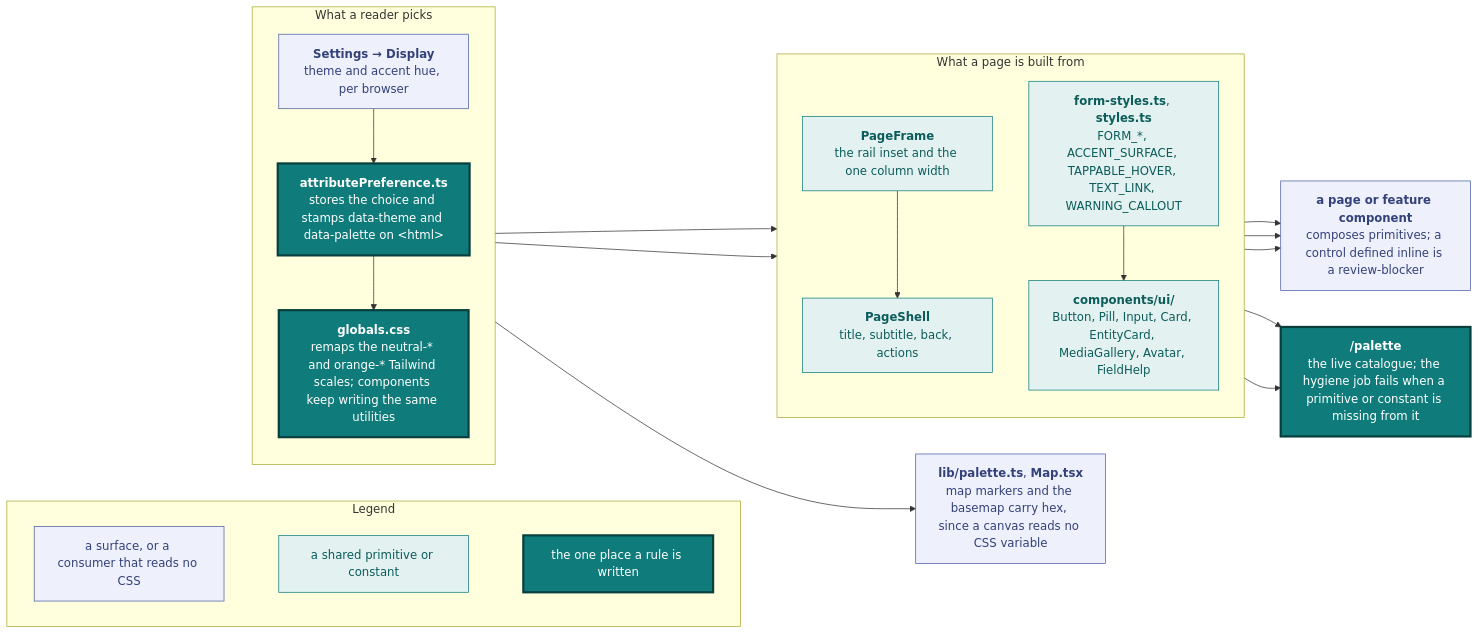
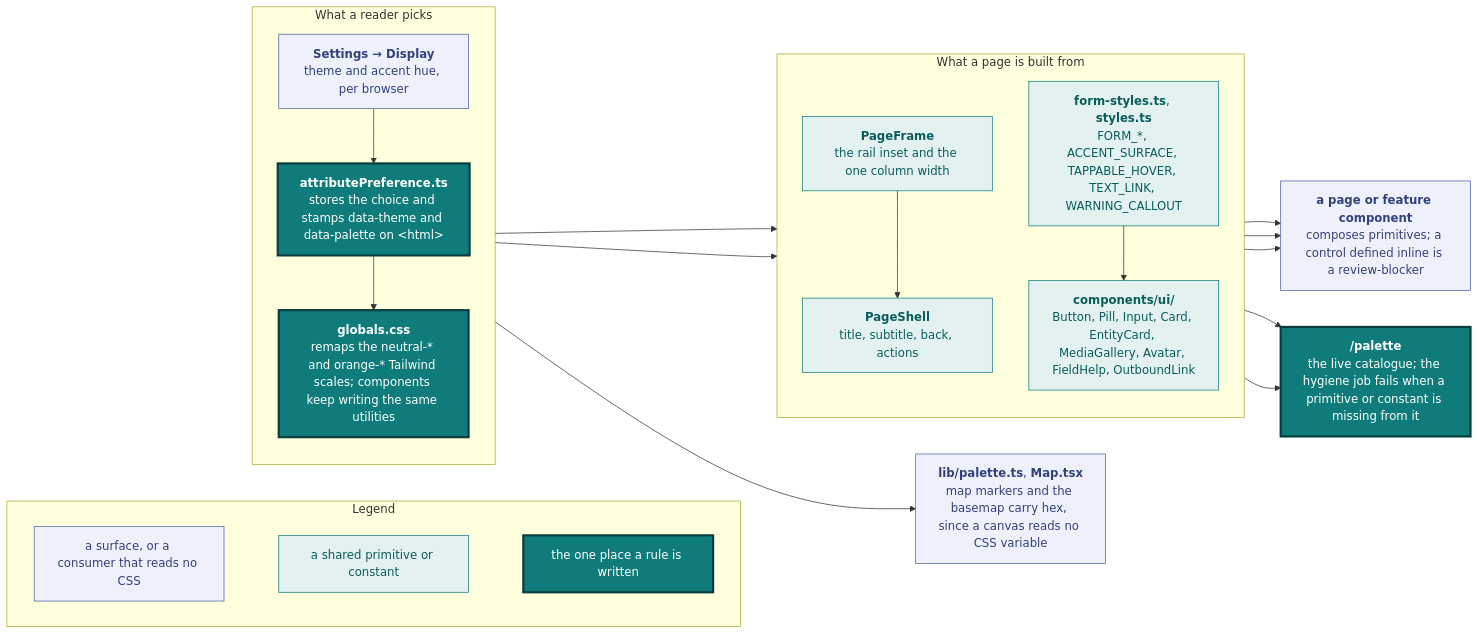
One commit to vidithq/vidit changed the first of 5 diagrams in docs/design.md. Above: the diagram before and after it, drawn with Mermaid. The commit also changed other lines of this file and 28 other files, not shown here.

````diff
--- a/docs/design.md
+++ b/docs/design.md
@@ -5,56 +5,56 @@
 ```mermaid
 flowchart LR
   classDef spec fill:#eef1fb,stroke:#4a5fa5,color:#33417a
   classDef shared fill:#e3f2f1,stroke:#0f7b7a,color:#0b5c5b
   classDef core fill:#0f7b7a,stroke:#083f3e,stroke-width:3px,color:#ffffff
 
   subgraph legend [Legend]
     direction LR
     l1["`a surface, or a consumer that reads no CSS`"]:::spec
     l2["`a shared primitive or constant`"]:::shared
     l3["`the one place a rule is written`"]:::core
     l1 ~~~ l2 ~~~ l3
   end
 
   subgraph pref [What a reader picks]
     direction TB
     settings["`**Settings → Display**
     theme and accent hue, per browser`"]:::spec
     attr["`**attributePreference.ts**
     stores the choice and stamps data-theme and data-palette on &lt;html&gt;`"]:::core
     globals["`**globals.css**
     remaps the neutral-* and orange-* Tailwind scales; components keep writing the same utilities`"]:::core
     settings --> attr --> globals
   end
 
   canvas["`**lib/palette.ts**, **Map.tsx**
   map markers and the basemap carry hex, since a canvas reads no CSS variable`"]:::spec
 
   subgraph build [What a page is built from]
     direction TB
     frame["`**PageFrame**
     the rail inset and the one column width`"]:::shared
     shell["`**PageShell**
     title, subtitle, back, actions`"]:::shared
     prims["`**components/ui/**
-    Button, Pill, Input, Card, EntityCard, MediaGallery, Avatar, FieldHelp`"]:::shared
+    Button, Pill, Input, Card, EntityCard, MediaGallery, Avatar, FieldHelp, OutboundLink`"]:::shared
     consts["`**form-styles.ts**, **styles.ts**
     FORM_*, ACCENT_SURFACE, TAPPABLE_HOVER, TEXT_LINK, WARNING_CALLOUT`"]:::shared
     frame --> shell
     consts --> prims
   end
 
   page["`**a page or feature component**
   composes primitives; a control defined inline is a review-blocker`"]:::spec
   catalogue["`**/palette**
   the live catalogue; the hygiene job fails when a primitive or constant is missing from it`"]:::core
 
   globals --> prims
   globals --> consts
   attr --> canvas
   shell --> page
   prims --> page
   consts --> page
   prims --> catalogue
   consts --> catalogue
 ```
````
